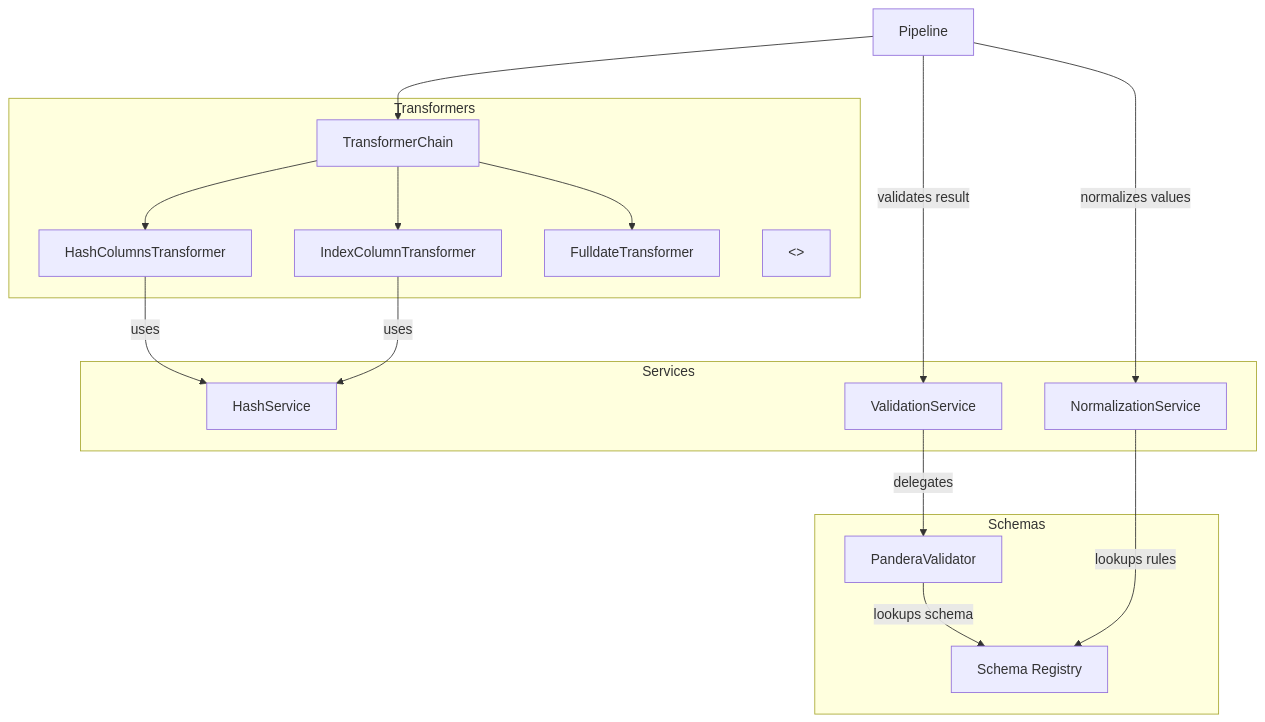
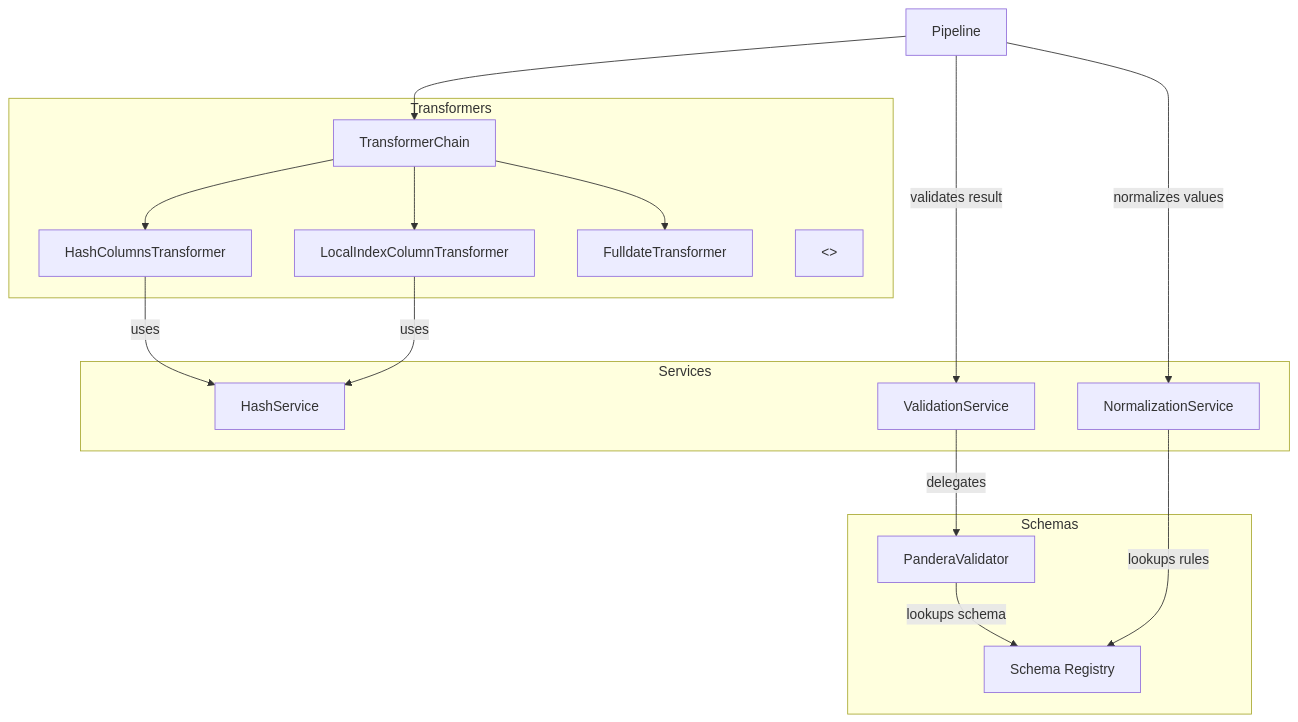
The sixth of 7 diagrams in docs/architecture/07-diagrams.md (SatoryKono/BioactivityDataAcquisition), drawn with Mermaid before and after one commit. The commit also changed 11 other files, not shown here.

````diff
--- a/docs/architecture/07-diagrams.md
+++ b/docs/architecture/07-diagrams.md
@@ -339,39 +339,39 @@
 ```mermaid
 ---
 id: 55f41c2b-cfd6-431b-9a93-85e8bffc9a9c
 ---
 graph TD
     subgraph "Transformers"
         T_Chain[TransformerChain]
         T_Hash[HashColumnsTransformer]
-        T_Index[IndexColumnTransformer]
+        T_Index[LocalIndexColumnTransformer]
         T_Date[FulldateTransformer]
         T_ABC[<<TransformerABC>>]
     end
 
     subgraph "Services"
         HS[HashService]
         VS[ValidationService]
         NS[NormalizationService]
     end
 
     subgraph "Schemas"
         PS[PanderaValidator]
         Registry[Schema Registry]
     end
 
     Pipeline[Pipeline] --> T_Chain
     T_Chain --> T_Hash
     T_Chain --> T_Index
     T_Chain --> T_Date
 
     T_Hash -- uses --> HS[HashService]
     T_Index -- uses --> HS[HashService]
 
     Pipeline -- validates result --> VS[ValidationService]
     Pipeline -- normalizes values --> NS[NormalizationService]
 
     VS -- delegates --> PS[PanderaValidator]
     PS -- lookups schema --> Registry[Schema Registry]
     NS -- lookups rules --> Registry[Schema Registry]
 ```
````
